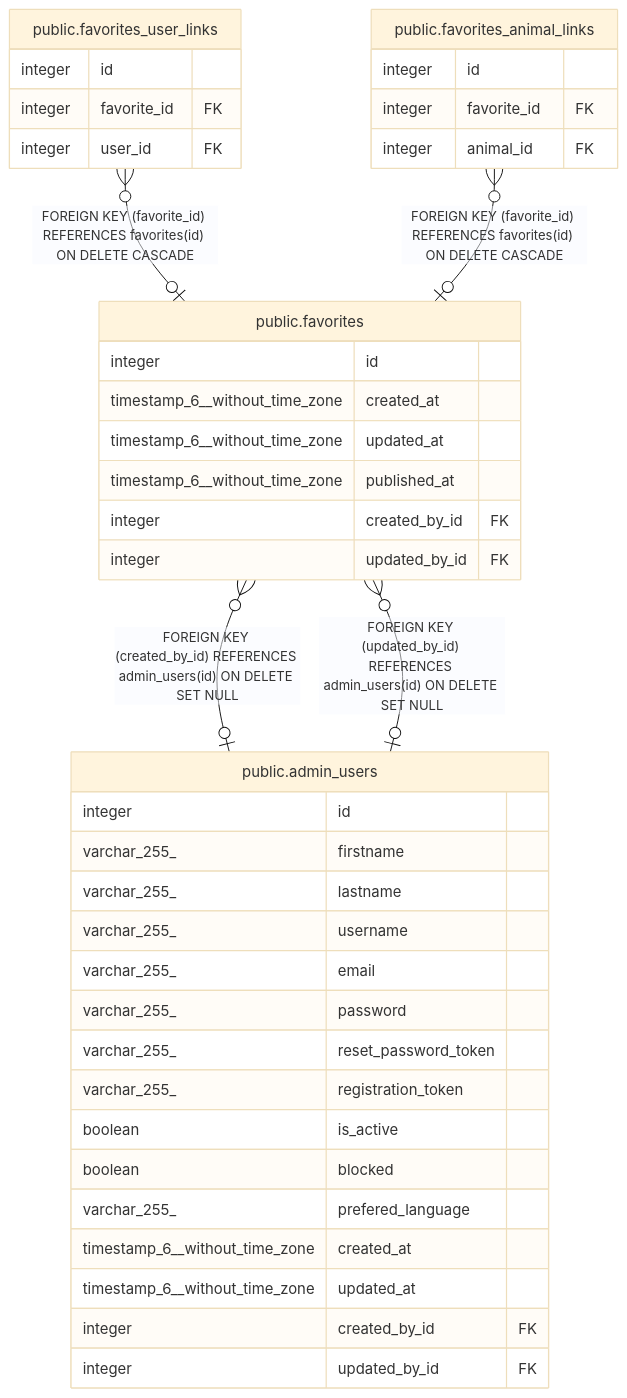
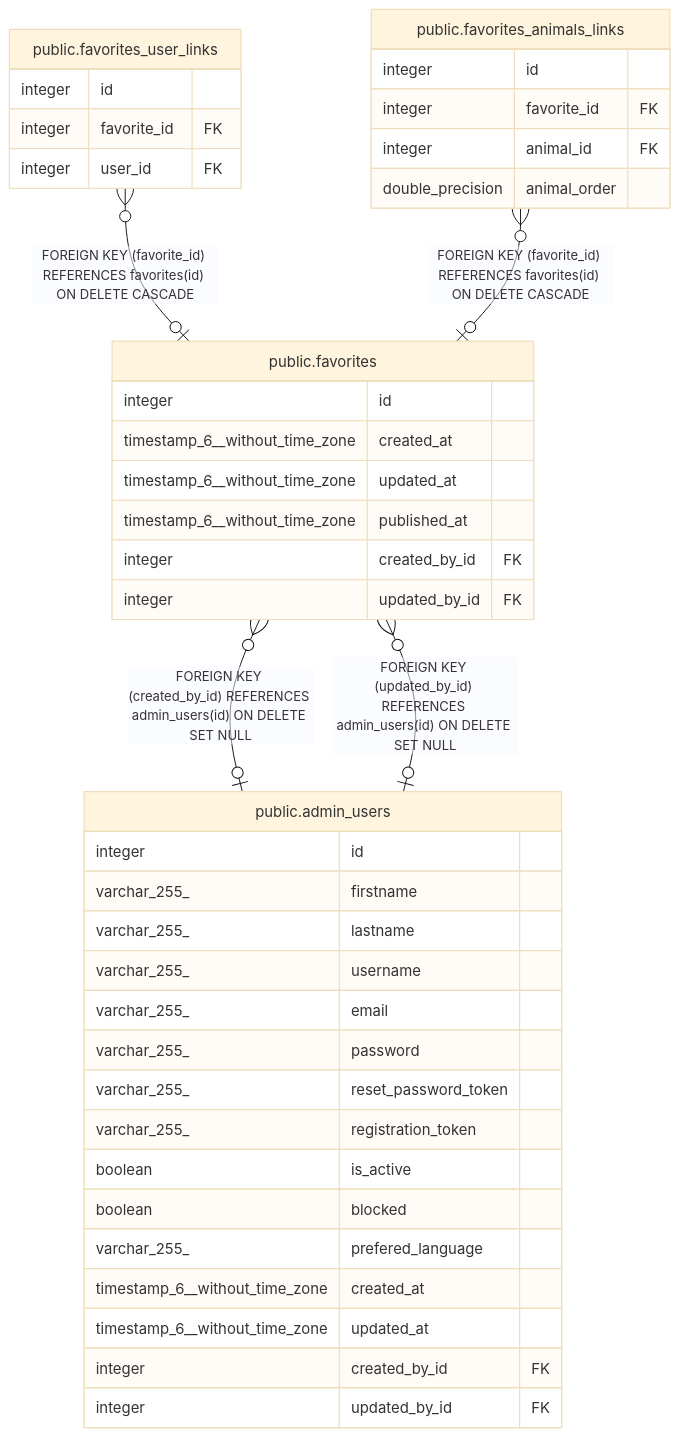
The diagram in docs/dbschema/public.favorites.md (mosamosamosamosa/Anitection), drawn with Mermaid (base theme) before and after one commit. The commit also changed other lines of this file and 20 other files, not shown here.

````diff
--- a/docs/dbschema/public.favorites.md
+++ b/docs/dbschema/public.favorites.md
@@ -34,44 +34,45 @@
 ```mermaid
 erDiagram
 
 "public.favorites_user_links" }o--o| "public.favorites" : "FOREIGN KEY (favorite_id) REFERENCES favorites(id) ON DELETE CASCADE"
-"public.favorites_animal_links" }o--o| "public.favorites" : "FOREIGN KEY (favorite_id) REFERENCES favorites(id) ON DELETE CASCADE"
+"public.favorites_animals_links" }o--o| "public.favorites" : "FOREIGN KEY (favorite_id) REFERENCES favorites(id) ON DELETE CASCADE"
 "public.favorites" }o--o| "public.admin_users" : "FOREIGN KEY (created_by_id) REFERENCES admin_users(id) ON DELETE SET NULL"
 "public.favorites" }o--o| "public.admin_users" : "FOREIGN KEY (updated_by_id) REFERENCES admin_users(id) ON DELETE SET NULL"
 
 "public.favorites" {
   integer id
   timestamp_6__without_time_zone created_at
   timestamp_6__without_time_zone updated_at
   timestamp_6__without_time_zone published_at
   integer created_by_id FK
   integer updated_by_id FK
 }
 "public.favorites_user_links" {
   integer id
   integer favorite_id FK
   integer user_id FK
 }
-"public.favorites_animal_links" {
+"public.favorites_animals_links" {
   integer id
   integer favorite_id FK
   integer animal_id FK
+  double_precision animal_order
 }
 "public.admin_users" {
   integer id
   varchar_255_ firstname
   varchar_255_ lastname
   varchar_255_ username
   varchar_255_ email
   varchar_255_ password
   varchar_255_ reset_password_token
   varchar_255_ registration_token
   boolean is_active
   boolean blocked
   varchar_255_ prefered_language
   timestamp_6__without_time_zone created_at
   timestamp_6__without_time_zone updated_at
   integer created_by_id FK
   integer updated_by_id FK
 }
 ```
````
